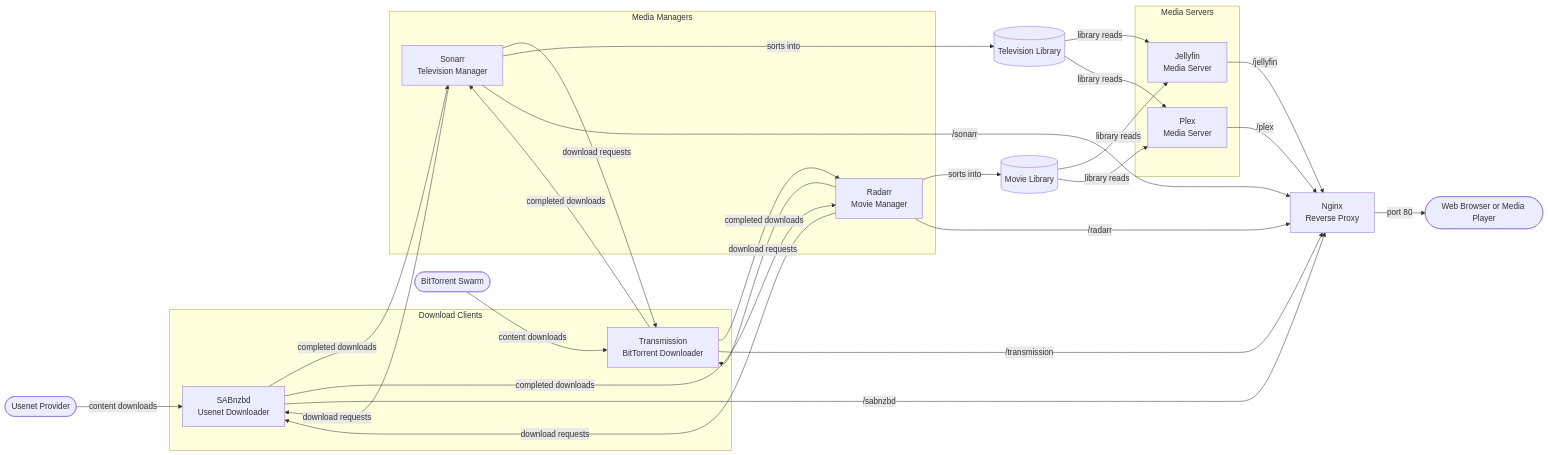
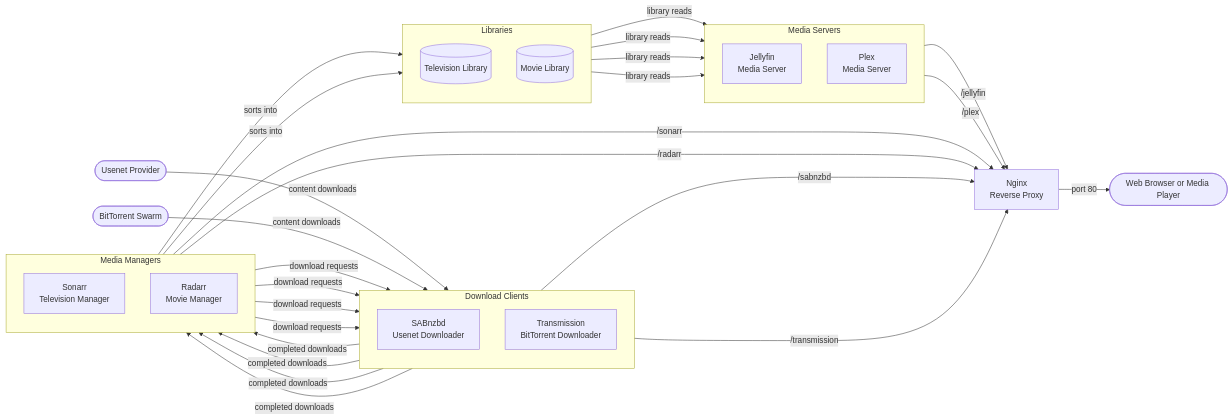
The diagram in README.md (evinowen/bragi), drawn with Mermaid before and after one commit.

Commit message:
Make Mermaid diagram strictly left-to-right with vertically stacked service groups

````diff
--- a/README.md
+++ b/README.md
@@ -20,51 +20,57 @@
 ```mermaid
 flowchart LR
     UP([Usenet Provider])
     BT_SRC([BitTorrent Swarm])
 
     subgraph downloaders[Download Clients]
+        direction TB
         SAB["SABnzbd<br>Usenet Downloader"]
         TRN["Transmission<br>BitTorrent Downloader"]
     end
 
     subgraph managers[Media Managers]
+        direction TB
         SON["Sonarr<br>Television Manager"]
         RAD["Radarr<br>Movie Manager"]
     end
 
-    TL[(Television Library)]
-    ML[(Movie Library)]
+    subgraph libraries[Libraries]
+        direction TB
+        TL[(Television Library)]
+        ML[(Movie Library)]
+    end
 
     subgraph servers[Media Servers]
+        direction TB
         JF["Jellyfin<br>Media Server"]
         PL["Plex<br>Media Server"]
     end
 
     NGX["Nginx<br>Reverse Proxy"]
     CLIENT([Web Browser or Media Player])
 
     UP -->|content downloads| SAB
     BT_SRC -->|content downloads| TRN
     SON -->|download requests| SAB
     SON -->|download requests| TRN
     SAB -->|completed downloads| SON
     TRN -->|completed downloads| SON
     RAD -->|download requests| SAB
     RAD -->|download requests| TRN
     SAB -->|completed downloads| RAD
     TRN -->|completed downloads| RAD
     SON -->|sorts into| TL
     RAD -->|sorts into| ML
     TL -->|library reads| JF
     ML -->|library reads| JF
     TL -->|library reads| PL
     ML -->|library reads| PL
 
+    SAB -->|/sabnzbd| NGX
+    TRN -->|/transmission| NGX
+    SON -->|/sonarr| NGX
+    RAD -->|/radarr| NGX
     JF -->|/jellyfin| NGX
     PL -->|/plex| NGX
-    SON -->|/sonarr| NGX
-    RAD -->|/radarr| NGX
-    SAB -->|/sabnzbd| NGX
-    TRN -->|/transmission| NGX
     NGX -->|port 80| CLIENT
 ```
````
